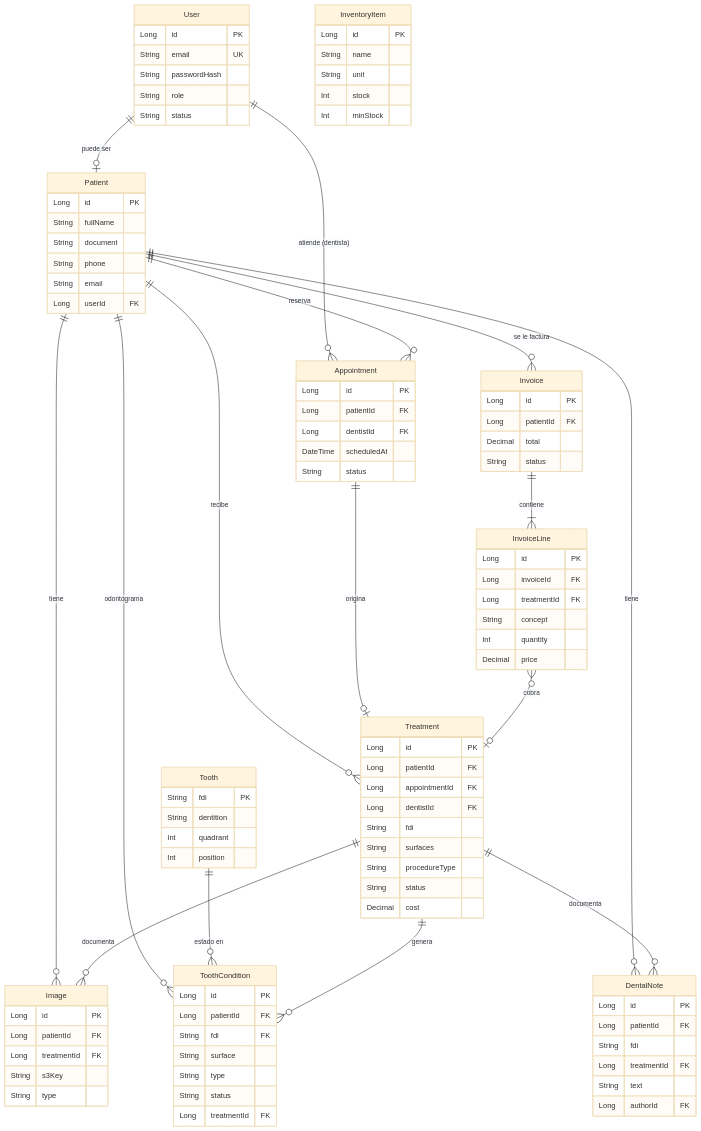
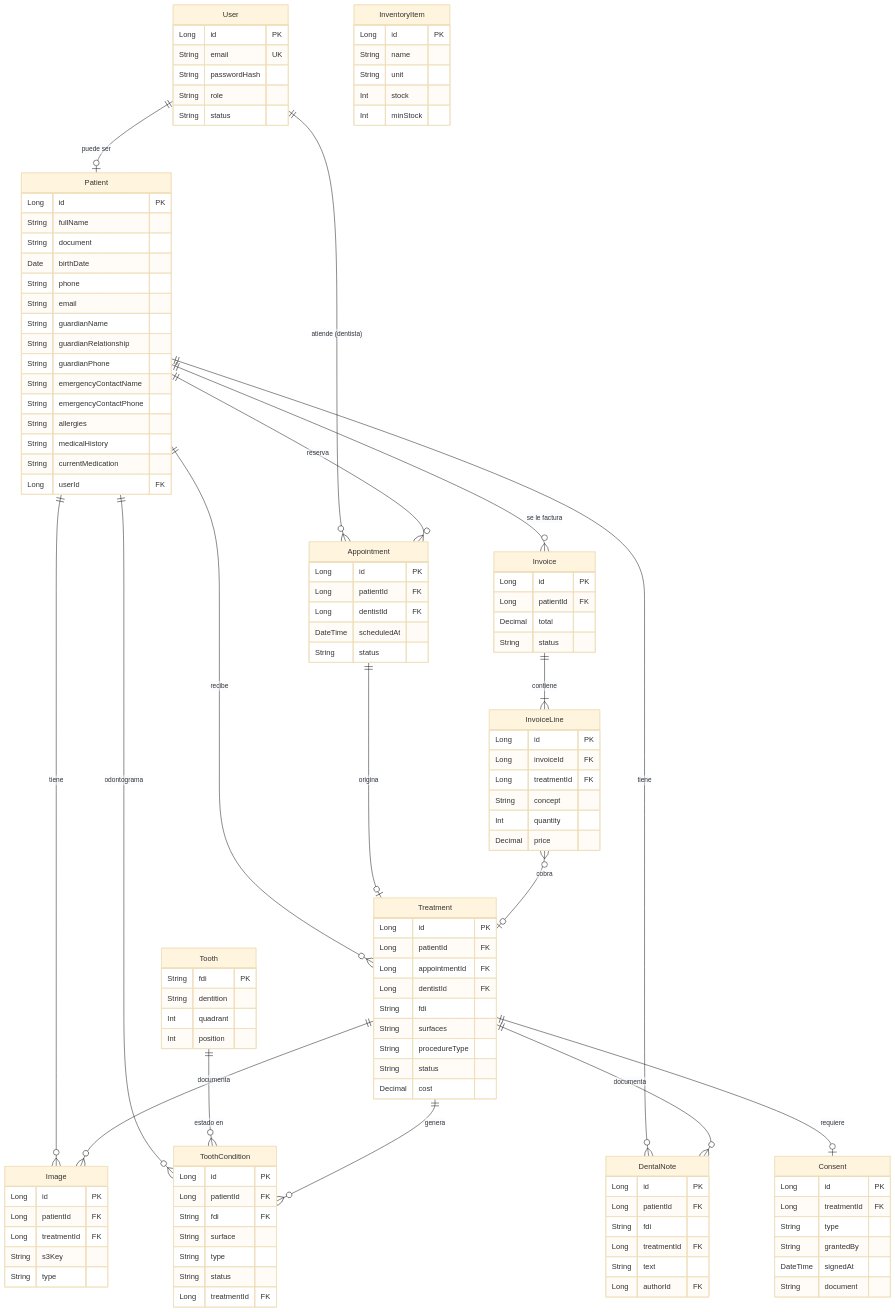
Before and after one commit to Davico84/DentDesk: the diagram in docs/data-model.md, drawn with Mermaid (base theme). The commit also changed other lines of this file, not shown here.

```diff
--- a/docs/data-model.md
+++ b/docs/data-model.md
@@ -124,6 +142,7 @@
     Treatment ||--o{ ToothCondition : "genera"
     Patient ||--o{ DentalNote : "tiene"
     Treatment ||--o{ DentalNote : "documenta"
+    Treatment ||--o| Consent : "requiere"
     Patient ||--o{ Invoice : "se le factura"
     Invoice ||--|{ InvoiceLine : "contiene"
     InvoiceLine }o--o| Treatment : "cobra"
@@ -139,8 +158,17 @@
         Long id PK
         String fullName
         String document
+        Date birthDate
         String phone
         String email
+        String guardianName
+        String guardianRelationship
+        String guardianPhone
+        String emergencyContactName
+        String emergencyContactPhone
+        String allergies
+        String medicalHistory
+        String currentMedication
         Long userId FK
     }
     Appointment {
@@ -184,6 +212,14 @@
         String text
         Long authorId FK
     }
+    Consent {
+        Long id PK
+        Long treatmentId FK
+        String type
+        String grantedBy
+        DateTime signedAt
+        String document
+    }
     Image {
         Long id PK
         Long patientId FK
```
